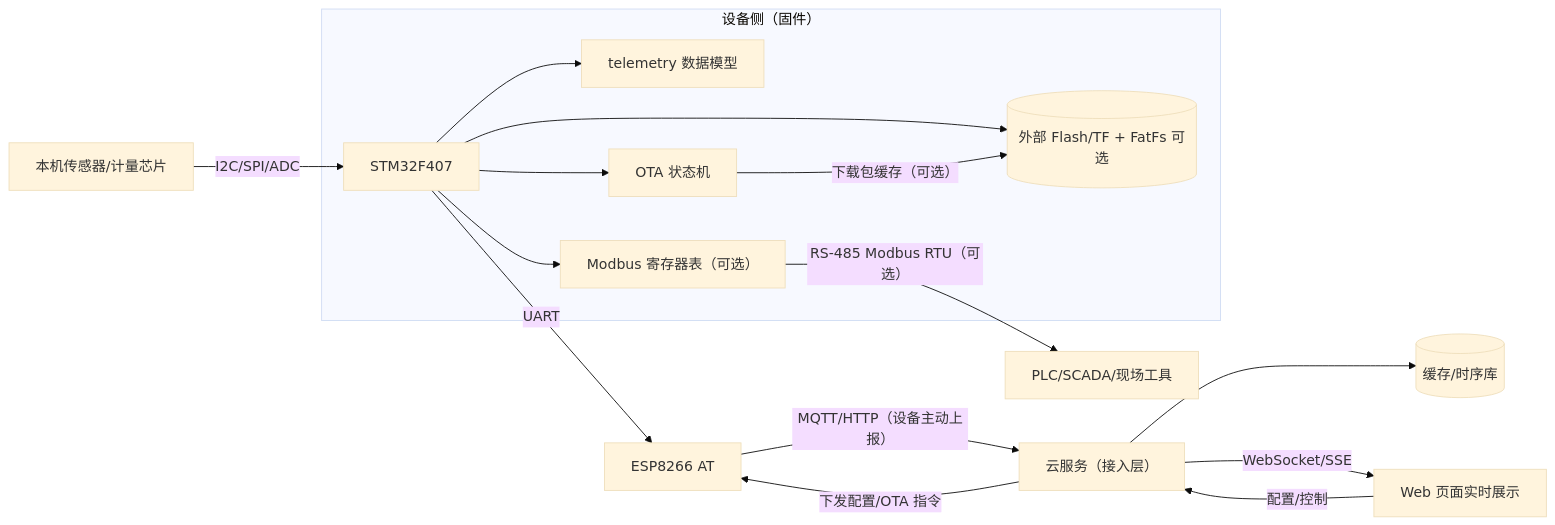
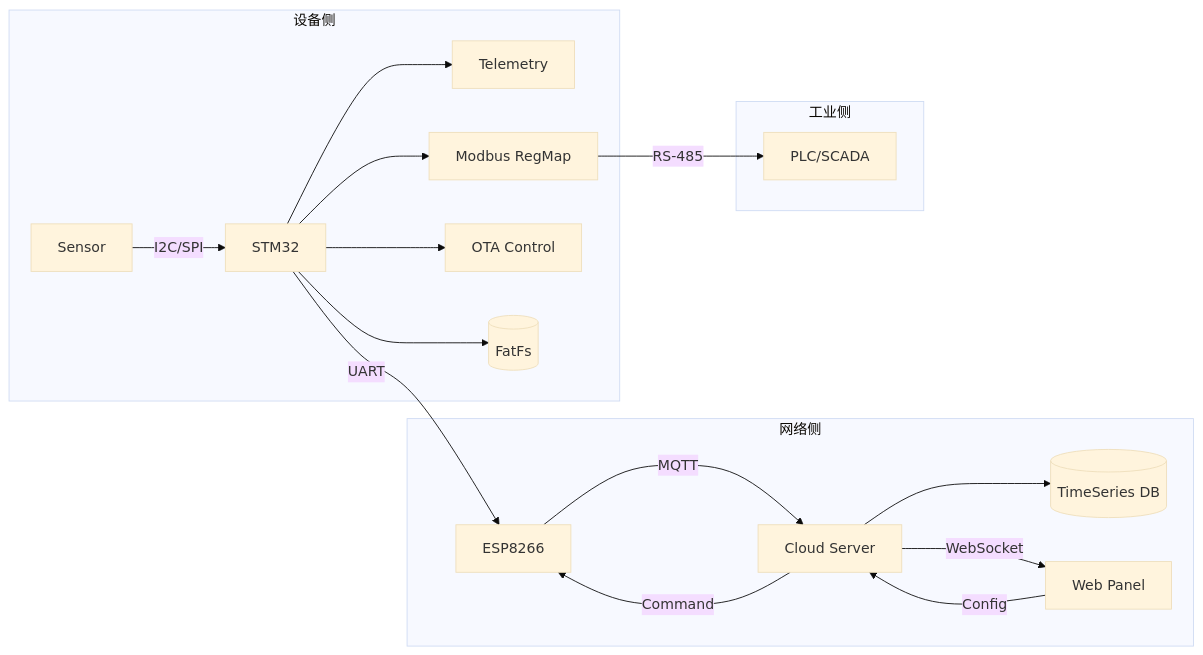
Before and after one commit to Bertrand666/Smart_energy_terminals: the fourth of 6 diagrams in README.md, drawn with Mermaid (base theme). The commit also changed other lines of this file and 12 other files, not shown here.

````diff
--- a/README.md
+++ b/README.md
@@ -98,21 +145,24 @@
 ```mermaid
 flowchart LR
-  Sensor[本机传感器/计量芯片] -->|I2C/SPI/ADC| MCU[STM32F407]
+    subgraph DEVICE[设备侧]
+        Sensor[Sensor] -->|I2C/SPI| MCU[STM32]
+        MCU --> TM[Telemetry]
+        MCU --> REG[Modbus RegMap]
+        MCU --> OTA[OTA Control]
+        MCU --> FS[(FatFs)]
+    end
 
-  subgraph MCU_SIDE[设备侧（固件）]
-    MCU --> Telemetry[telemetry 数据模型]
-    MCU --> RegMap[Modbus 寄存器表（可选）]
-    MCU --> OtaCtl[OTA 状态机]
-    MCU --> Storage[(外部 Flash/TF + FatFs 可选)]
-  end
+    subgraph NETWORK[网络侧]
+        MCU -->|UART| ESP[ESP8266]
+        ESP -->|MQTT| CLOUD[Cloud Server]
+        CLOUD --> DB[(TimeSeries DB)]
+        CLOUD -->|WebSocket| WEB[Web Panel]
+    end
 
-  MCU -->|UART| ESP[ESP8266 AT]
-  ESP -->|MQTT/HTTP（设备主动上报）| Cloud[云服务（接入层）]
-  Cloud --> Cache[(缓存/时序库)]
-  Cloud -->|WebSocket/SSE| Web[Web 页面实时展示]
+    subgraph INDUSTRIAL[工业侧]
+        REG -->|RS-485| PLC[PLC/SCADA]
+    end
 
-  RegMap -->|RS-485 Modbus RTU（可选）| PLC[PLC/SCADA/现场工具]
-  Web -->|配置/控制| Cloud
-  Cloud -->|下发配置/OTA 指令| ESP
-  OtaCtl -->|下载包缓存（可选）| Storage
+    WEB -->|Config| CLOUD
+    CLOUD -->|Command| ESP
 ```
````
